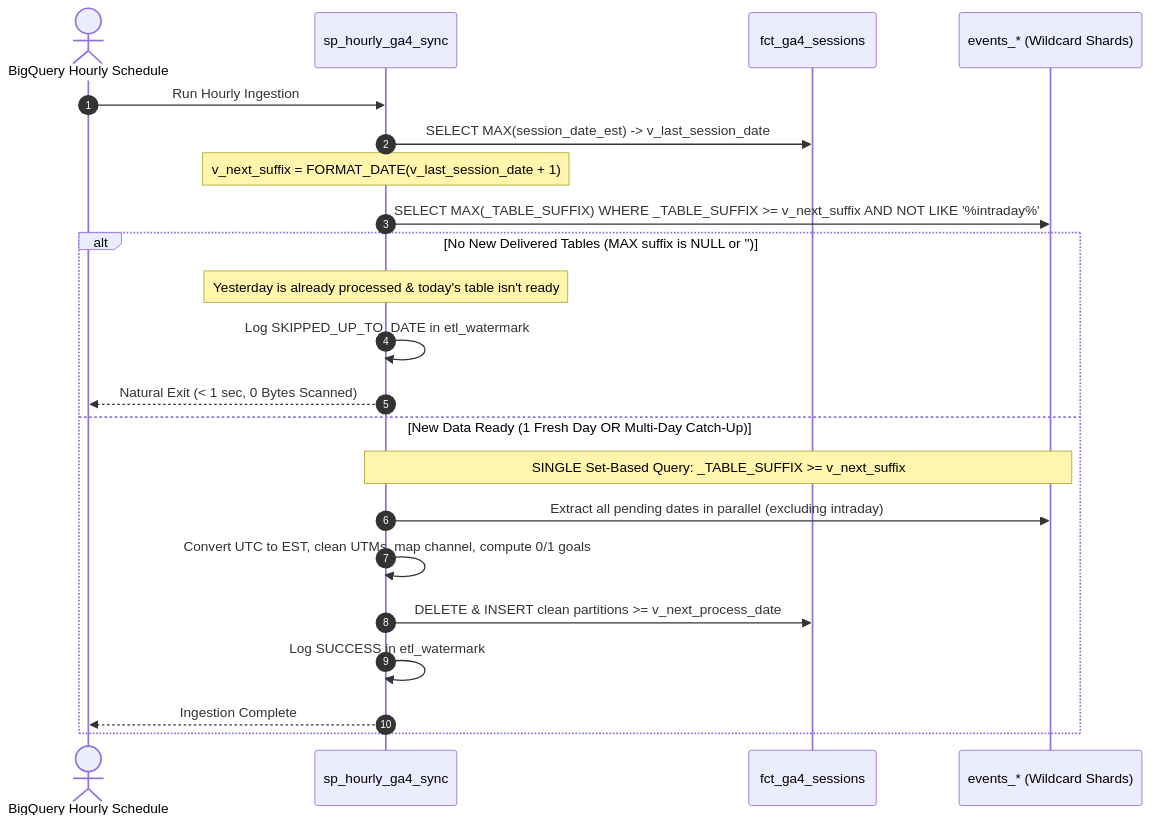
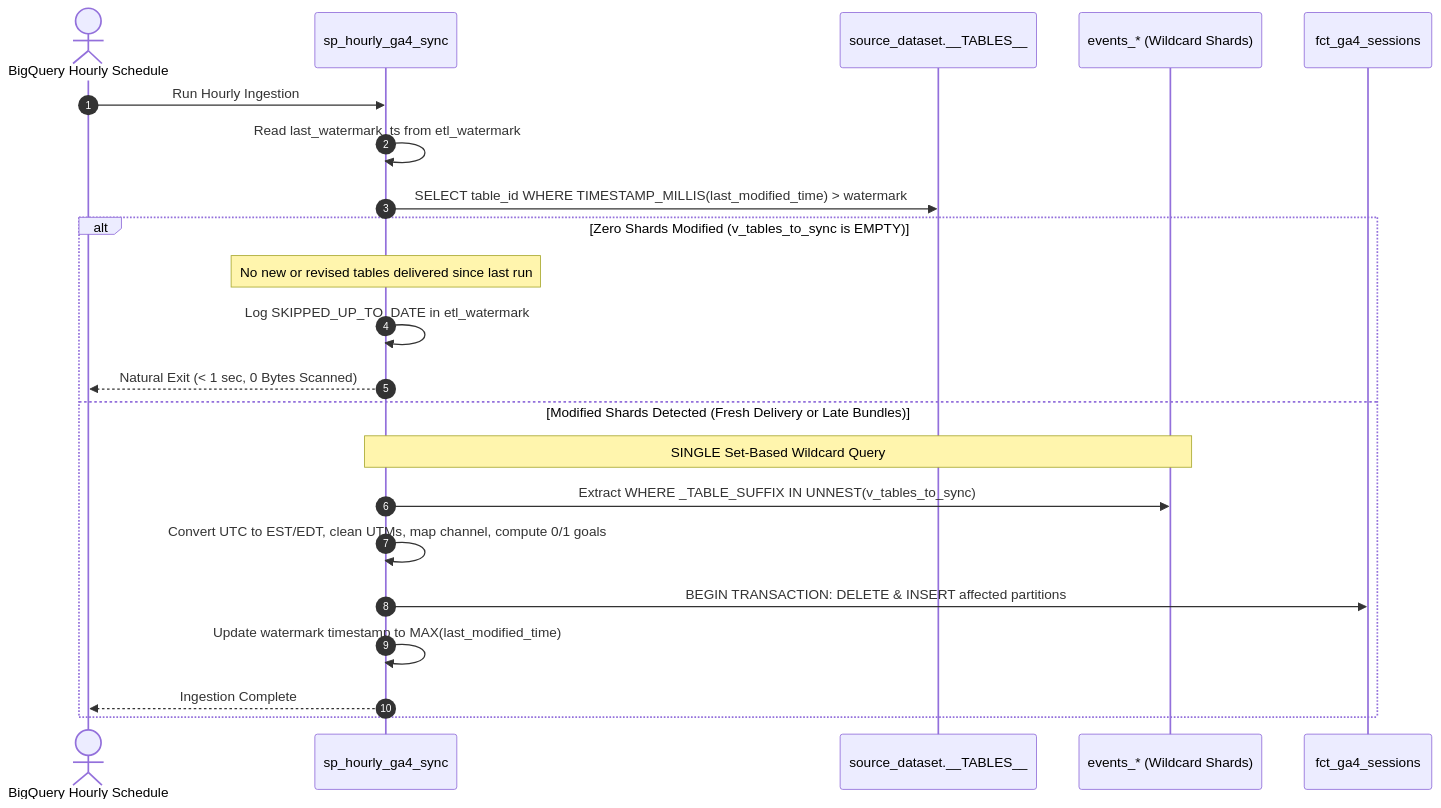
The diagram in ga4-bigquery-schema/README.md (rudy0903/dbmarketer), drawn with Mermaid before and after one commit. The commit also changed other lines of this file and 8 other files, not shown here.

````diff
--- a/ga4-bigquery-schema/README.md
+++ b/ga4-bigquery-schema/README.md
@@ -99,27 +51,26 @@
 ```mermaid
 sequenceDiagram
     autonumber
     actor Cron as BigQuery Hourly Schedule
     participant Proc as sp_hourly_ga4_sync
+    participant Meta as source_dataset.__TABLES__
+    participant Raw as events_* (Wildcard Shards)
     participant Marts as fct_ga4_sessions
-    participant Raw as events_* (Wildcard Shards)
 
     Cron->>Proc: Run Hourly Ingestion
-    Proc->>Marts: SELECT MAX(session_date_est) -> v_last_session_date
-    Note over Proc: v_next_suffix = FORMAT_DATE(v_last_session_date + 1)
+    Proc->>Proc: Read last_watermark_ts from etl_watermark
+    Proc->>Meta: SELECT table_id WHERE TIMESTAMP_MILLIS(last_modified_time) > watermark
     
-    Proc->>Raw: SELECT MAX(_TABLE_SUFFIX) WHERE _TABLE_SUFFIX >= v_next_suffix AND NOT LIKE '%intraday%'
-    
-    alt No New Delivered Tables (MAX suffix is NULL or '')
-        Note over Proc: Yesterday is already processed & today's table isn't ready
+    alt Zero Shards Modified (v_tables_to_sync is EMPTY)
+        Note over Proc: No new or revised tables delivered since last run
         Proc->>Proc: Log SKIPPED_UP_TO_DATE in etl_watermark
         Proc-->>Cron: Natural Exit (< 1 sec, 0 Bytes Scanned)
-    else New Data Ready (1 Fresh Day OR Multi-Day Catch-Up)
-        Note over Proc,Raw: SINGLE Set-Based Query: _TABLE_SUFFIX >= v_next_suffix
-        Proc->>Raw: Extract all pending dates in parallel (excluding intraday)
-        Proc->>Proc: Convert UTC to EST, clean UTMs, map channel, compute 0/1 goals
-        Proc->>Marts: DELETE & INSERT clean partitions >= v_next_process_date
-        Proc->>Proc: Log SUCCESS in etl_watermark
+    else Modified Shards Detected (Fresh Delivery or Late Bundles)
+        Note over Proc,Raw: SINGLE Set-Based Wildcard Query
+        Proc->>Raw: Extract WHERE _TABLE_SUFFIX IN UNNEST(v_tables_to_sync)
+        Proc->>Proc: Convert UTC to EST/EDT, clean UTMs, map channel, compute 0/1 goals
+        Proc->>Marts: BEGIN TRANSACTION: DELETE & INSERT affected partitions
+        Proc->>Proc: Update watermark timestamp to MAX(last_modified_time)
         Proc-->>Cron: Ingestion Complete
     end
 ```
````
